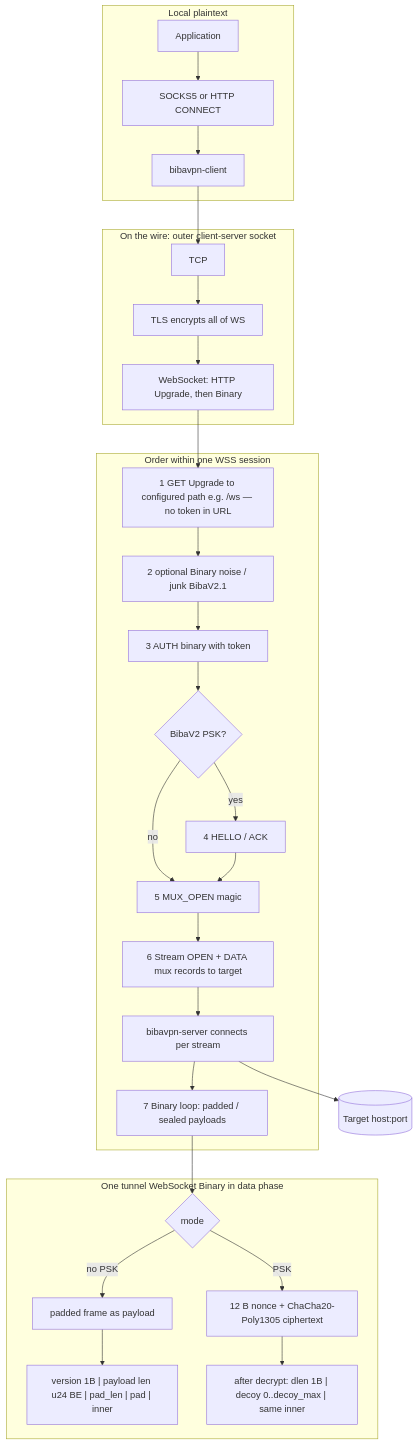
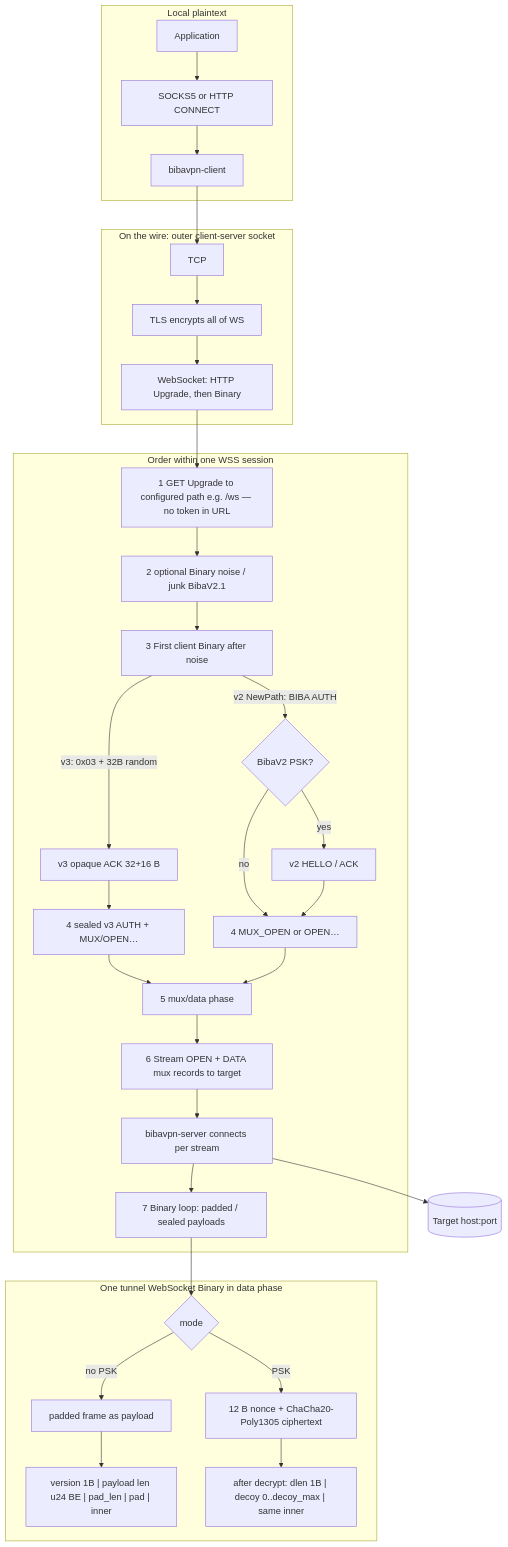
Before and after one commit to Eljaja/BibaVPN: the third of 3 diagrams in PROTOCOL.md, drawn with Mermaid. The commit also changed other lines of this file and 5 other files, not shown here.

````diff
--- a/PROTOCOL.md
+++ b/PROTOCOL.md
@@ -197,35 +243,39 @@
 ```mermaid
 flowchart TB
   subgraph loc [Local plaintext]
     APP[Application] --> PX[SOCKS5 or HTTP CONNECT] --> CL[bibavpn-client]
   end
 
   subgraph wire [On the wire: outer client-server socket]
     CL --> TCP[TCP]
     TCP --> TLS[TLS encrypts all of WS]
     TLS --> WFR[WebSocket: HTTP Upgrade, then Binary]
   end
 
   subgraph setup [Order within one WSS session]
     WFR --> U[1 GET Upgrade to configured path e.g. /ws — no token in URL]
     U --> N[2 optional Binary noise / junk BibaV2.1]
-    N --> AU[3 AUTH binary with token]
-    AU --> Q{BibaV2 PSK?}
-    Q -->|yes| HA[4 HELLO / ACK]
-    Q -->|no| MX
-    HA --> MX[5 MUX_OPEN magic]
-    MX --> ST[6 Stream OPEN + DATA mux records to target]
+    N --> FB[3 First client Binary after noise]
+    FB -->|v2 NewPath: BIBA AUTH| Q2{BibaV2 PSK?}
+    FB -->|v3: 0x03 + 32B random| H3[v3 opaque ACK 32+16 B]
+    Q2 -->|yes| HA[v2 HELLO / ACK]
+    Q2 -->|no| MX[4 MUX_OPEN or OPEN…]
+    HA --> MX
+    H3 --> AU3[4 sealed v3 AUTH + MUX/OPEN…]
+    AU3 --> MX2[5 mux/data phase]
+    MX --> MX2
+    MX2 --> ST[6 Stream OPEN + DATA mux records to target]
     ST --> SV[bibavpn-server connects per stream]
     SV --> LOOP[7 Binary loop: padded / sealed payloads]
   end
 
   subgraph payload [One tunnel WebSocket Binary in data phase]
     LOOP --> R{mode}
     R -->|no PSK| PF[padded frame as payload]
     R -->|PSK| AE[12 B nonce + ChaCha20-Poly1305 ciphertext]
     PF --> PF1["version 1B | payload len u24 BE | pad_len | pad | inner"]
     AE --> AE1["after decrypt: dlen 1B | decoy 0..decoy_max | same inner"]
   end
 
   SV --> DST[(Target host:port)]
 ```
````
